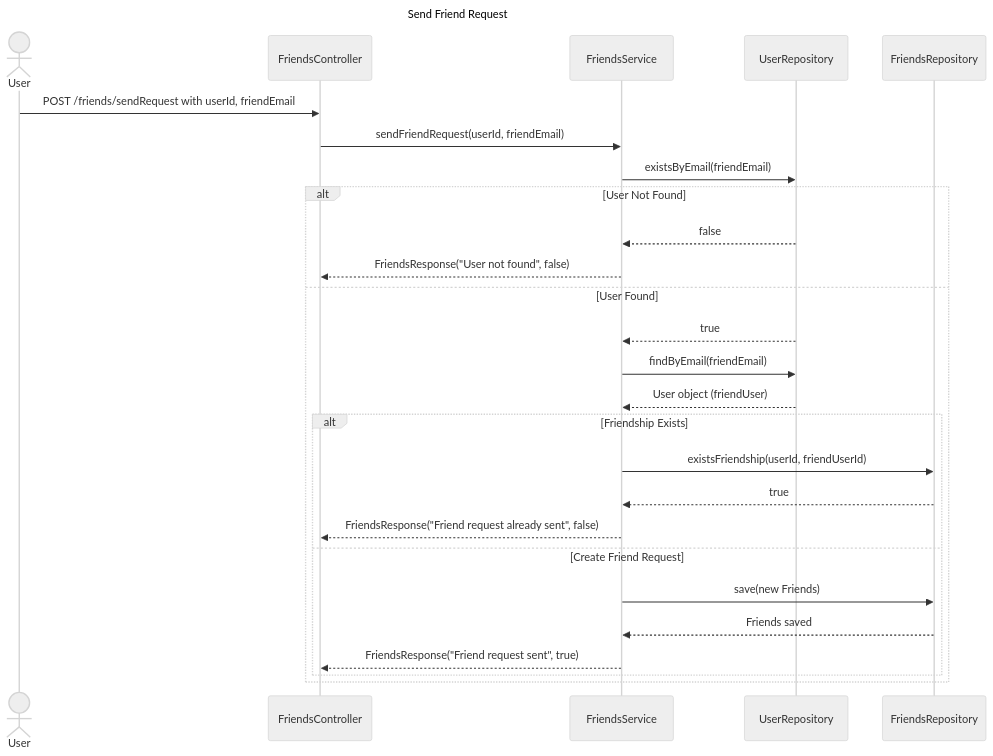
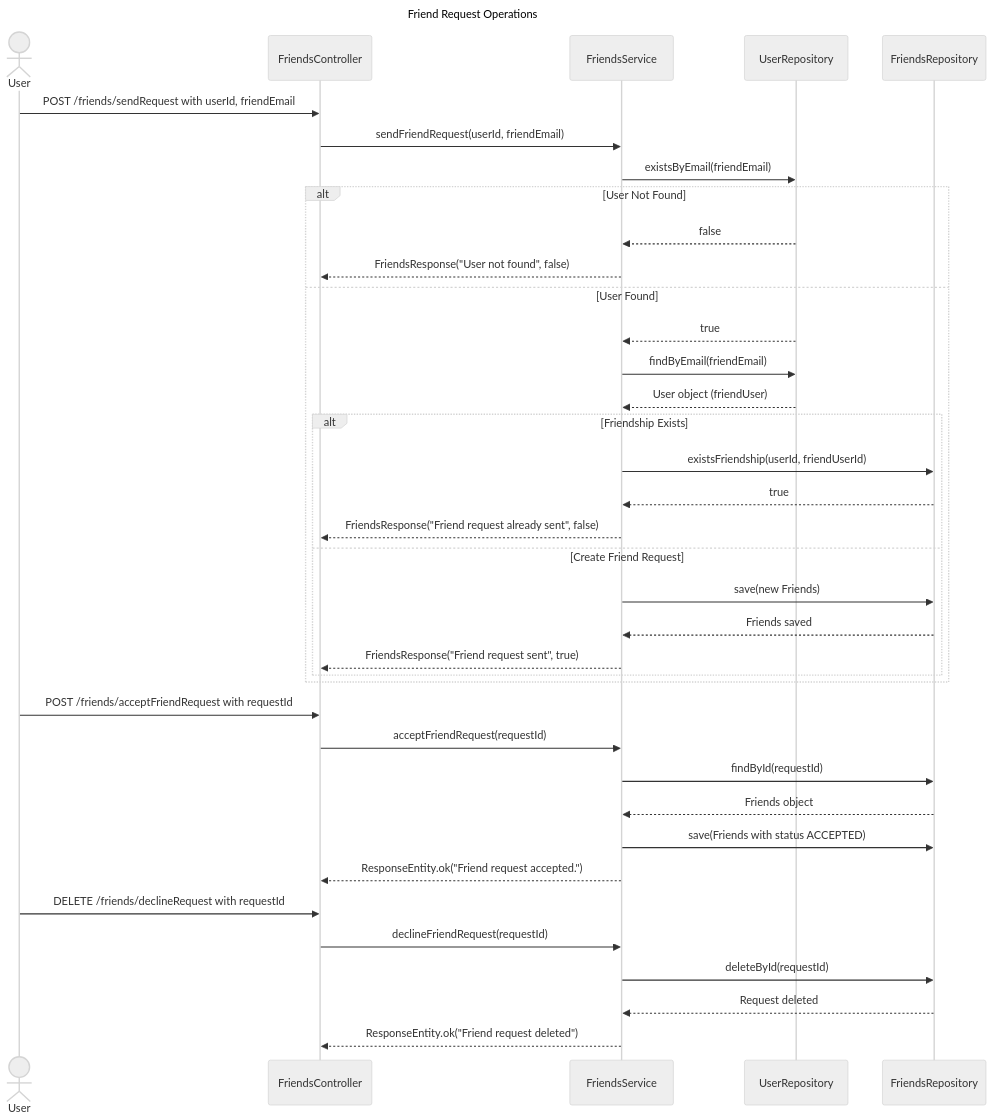
Before and after one commit to UniOfGreenwich/elee1149-coursework--team-chlk: the diagram in ArchitectureDiagrams/SequenceDiagrams/sequenceDiagram7.mmd, drawn with Mermaid (neutral theme).

Commit message:
Modified sequence diagram 7

```diff
--- a/ArchitectureDiagrams/SequenceDiagrams/sequenceDiagram7.mmd
+++ b/ArchitectureDiagrams/SequenceDiagrams/sequenceDiagram7.mmd
@@ -1,28 +1,41 @@
 sequenceDiagram
-    title Send Friend Request
+    title Friend Request Operations
     actor User
     participant FriendsController
     participant FriendsService
     participant UserRepository
     participant FriendsRepository
 
     User->>FriendsController: POST /friends/sendRequest with userId, friendEmail
     FriendsController->>FriendsService: sendFriendRequest(userId, friendEmail)
     FriendsService->>UserRepository: existsByEmail(friendEmail)
     alt User Not Found
         UserRepository-->>FriendsService: false
         FriendsService-->>FriendsController: FriendsResponse("User not found", false)
     else User Found
         UserRepository-->>FriendsService: true
         FriendsService->>UserRepository: findByEmail(friendEmail)
         UserRepository-->>FriendsService: User object (friendUser)
         alt Friendship Exists
             FriendsService->>FriendsRepository: existsFriendship(userId, friendUserId)
             FriendsRepository-->>FriendsService: true
             FriendsService-->>FriendsController: FriendsResponse("Friend request already sent", false)
         else Create Friend Request
             FriendsService->>FriendsRepository: save(new Friends)
             FriendsRepository-->>FriendsService: Friends saved
             FriendsService-->>FriendsController: FriendsResponse("Friend request sent", true)
         end
     end
+
+    User->>FriendsController: POST /friends/acceptFriendRequest with requestId
+    FriendsController->>FriendsService: acceptFriendRequest(requestId)
+    FriendsService->>FriendsRepository: findById(requestId)
+    FriendsRepository-->>FriendsService: Friends object
+    FriendsService->>FriendsRepository: save(Friends with status ACCEPTED)
+    FriendsService-->>FriendsController: ResponseEntity.ok("Friend request accepted.")
+
+    User->>FriendsController: DELETE /friends/declineRequest with requestId
+    FriendsController->>FriendsService: declineFriendRequest(requestId)
+    FriendsService->>FriendsRepository: deleteById(requestId)
+    FriendsRepository-->>FriendsService: Request deleted
+    FriendsService-->>FriendsController: ResponseEntity.ok("Friend request deleted")
```
